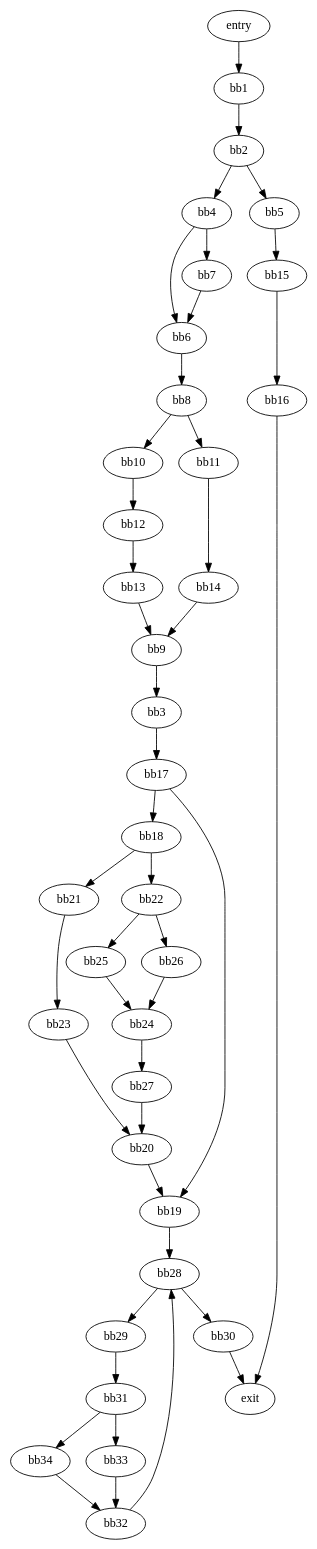
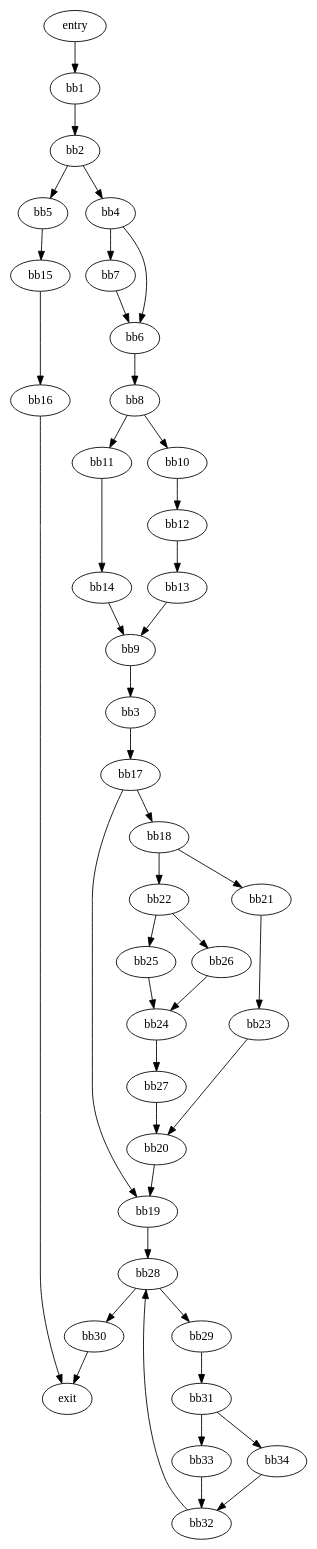
The diagram in assign-2/test.dot (Youngcius/ucsb-cs260-program-analysis), drawn with Graphviz before and after one commit. The commit also changed other lines of this file and 3 other files, not shown here.

```diff
--- a/assign-2/test.dot
+++ b/assign-2/test.dot
@@ -1,45 +1,45 @@
 digraph G {
+  bb5 -> bb15;
+  bb14 -> bb9;
+  bb25 -> bb24;
+  bb33 -> bb32;
+  bb7 -> bb6;
+  bb1 -> bb2;
+  bb34 -> bb32;
+  bb19 -> bb28;
+  bb2 -> bb4;
+  bb2 -> bb5;
+  bb27 -> bb20;
+  bb29 -> bb31;
+  bb30 -> exit;
+  bb20 -> bb19;
+  bb24 -> bb27;
+  bb31 -> bb33;
+  bb31 -> bb34;
+  bb11 -> bb14;
+  bb10 -> bb12;
+  bb3 -> bb17;
+  entry -> bb1;
+  bb4 -> bb7;
+  bb4 -> bb6;
   bb22 -> bb25;
   bb22 -> bb26;
-  bb30 -> exit;
-  bb2 -> bb4;
-  bb2 -> bb5;
-  bb4 -> bb7;
-  bb4 -> bb6;
-  bb14 -> bb9;
-  bb19 -> bb28;
+  bb18 -> bb21;
+  bb18 -> bb22;
   bb16 -> exit;
-  bb6 -> bb8;
-  bb33 -> bb32;
-  bb23 -> bb20;
-  bb29 -> bb31;
-  bb32 -> bb28;
-  bb27 -> bb20;
-  bb24 -> bb27;
-  bb15 -> bb16;
-  bb31 -> bb33;
-  bb31 -> bb34;
-  bb7 -> bb6;
   bb28 -> bb29;
   bb28 -> bb30;
-  bb3 -> bb17;
+  bb17 -> bb18;
+  bb17 -> bb19;
+  bb15 -> bb16;
+  bb23 -> bb20;
   bb26 -> bb24;
-  bb21 -> bb23;
-  entry -> bb1;
-  bb1 -> bb2;
-  bb12 -> bb13;
-  bb20 -> bb19;
-  bb13 -> bb9;
-  bb34 -> bb32;
-  bb11 -> bb14;
-  bb9 -> bb3;
+  bb32 -> bb28;
   bb8 -> bb10;
   bb8 -> bb11;
-  bb17 -> bb18;
-  bb17 -> bb19;
-  bb5 -> bb15;
-  bb10 -> bb12;
-  bb18 -> bb21;
-  bb18 -> bb22;
-  bb25 -> bb24;
+  bb13 -> bb9;
+  bb12 -> bb13;
+  bb9 -> bb3;
+  bb6 -> bb8;
+  bb21 -> bb23;
 }
```
